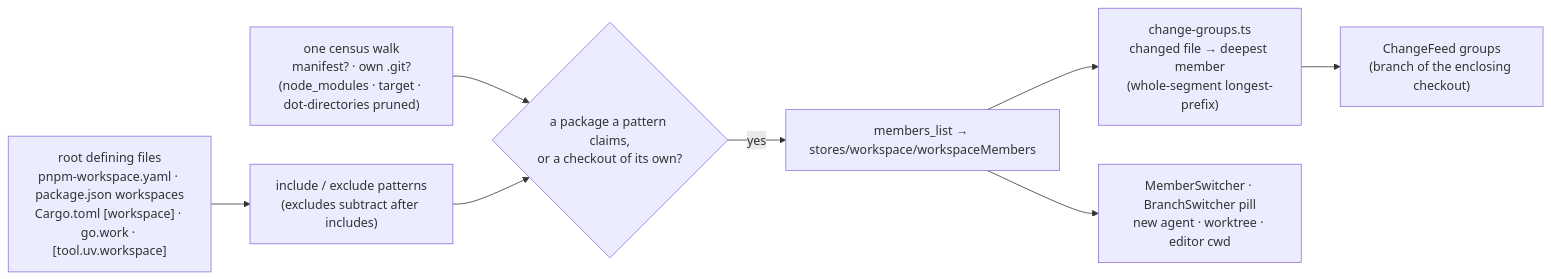
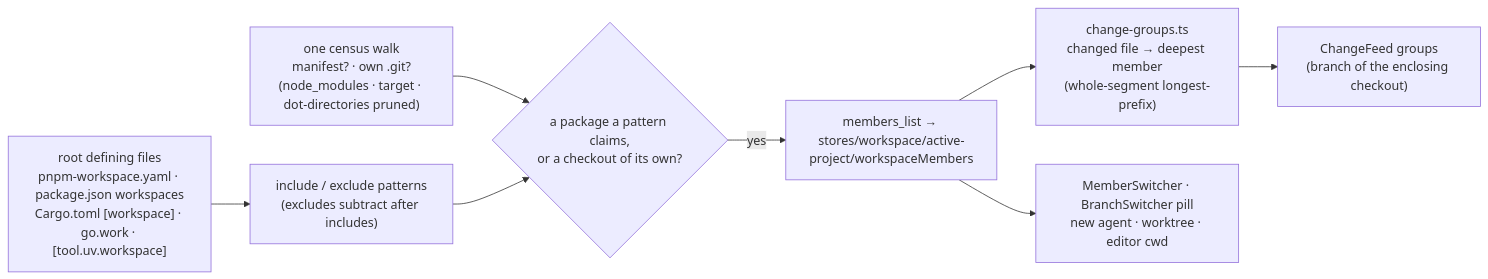
One commit to avi12/pade changed the tenth of 15 diagrams in ARCHITECTURE.md. Above: the diagram before and after it, drawn with Mermaid. The commit also changed other lines of this file and 24 other files, not shown here.

Commit message:
refactor(stores): group the front project's stores into workspace/active-project

````diff
--- a/ARCHITECTURE.md
+++ b/ARCHITECTURE.md
@@ -528,10 +528,10 @@
 ```mermaid
 flowchart LR
   Defs["root defining files<br/>pnpm-workspace.yaml · package.json workspaces<br/>Cargo.toml [workspace] · go.work · [tool.uv.workspace]"] --> Globs["include / exclude patterns<br/>(excludes subtract after includes)"]
   Walk["one census walk<br/>manifest? · own .git?<br/>(node_modules · target · dot-directories pruned)"] --> Confirm{"a package a pattern claims,<br/>or a checkout of its own?"}
   Globs --> Confirm
-  Confirm -->|yes| Members["members_list → stores/workspace/workspaceMembers"]
+  Confirm -->|yes| Members["members_list → stores/workspace/active-project/workspaceMembers"]
   Members --> Assign["change-groups.ts<br/>changed file → deepest member<br/>(whole-segment longest-prefix)"]
   Members --> Switcher["MemberSwitcher · BranchSwitcher pill<br/>new agent · worktree · editor cwd"]
   Assign --> Feed["ChangeFeed groups<br/>(branch of the enclosing checkout)"]
 ```
````
